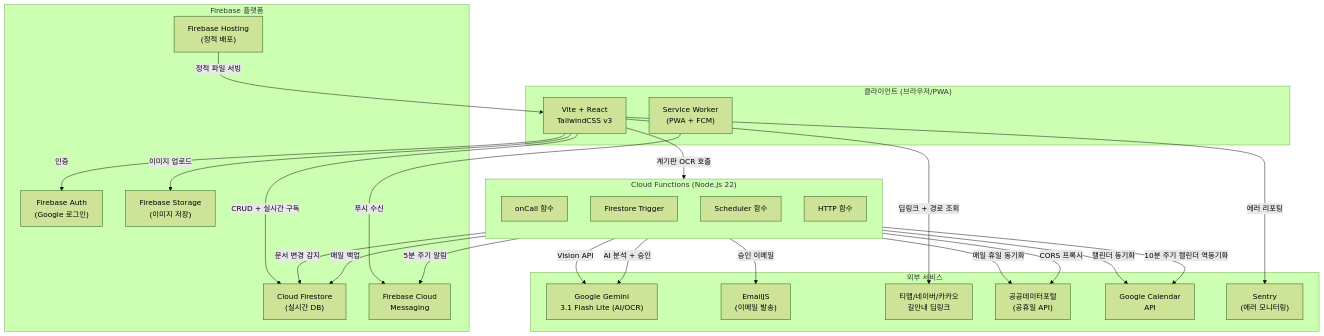
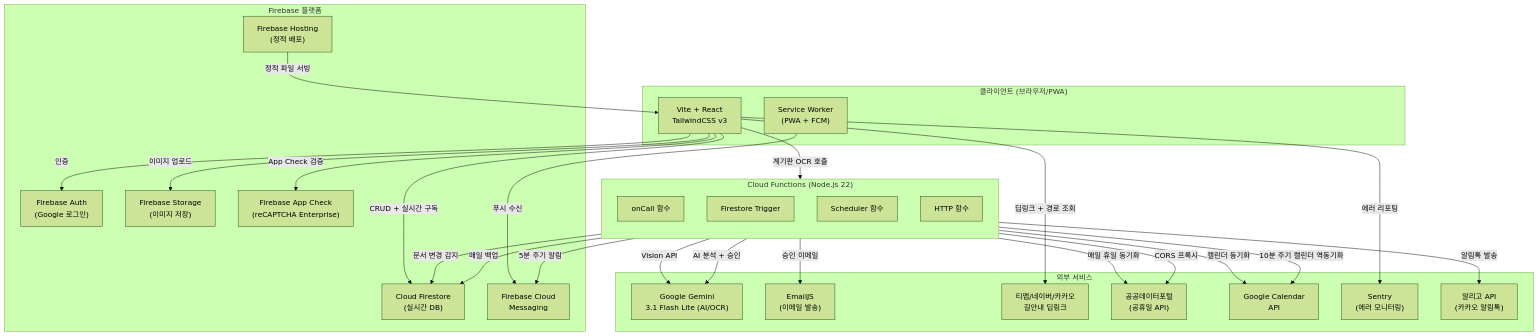
Before and after one commit to dreamworker0/vehicle-drive-log: the first of 5 diagrams in 구현계획서.md, drawn with Mermaid (forest theme). The commit also changed other lines of this file and 187 other files, not shown here.

````diff
--- a/구현계획서.md
+++ b/구현계획서.md
@@ -33,53 +34,57 @@
 ```mermaid
 graph TB
     subgraph Client["클라이언트 (브라우저/PWA)"]
         FE["Vite + React<br/>TailwindCSS v3"]
         SW["Service Worker<br/>(PWA + FCM)"]
     end
 
     subgraph Firebase["Firebase 플랫폼"]
         AUTH["Firebase Auth<br/>(Google 로그인)"]
         FS["Cloud Firestore<br/>(실시간 DB)"]
         STORAGE["Firebase Storage<br/>(이미지 저장)"]
         HOSTING["Firebase Hosting<br/>(정적 배포)"]
         FCM["Firebase Cloud<br/>Messaging"]
+        APPCHECK["Firebase App Check<br/>(reCAPTCHA Enterprise)"]
     end
 
     subgraph CF["Cloud Functions (Node.js 22)"]
         direction TB
         CF_CALL["onCall 함수"]
         CF_TRIGGER["Firestore Trigger"]
         CF_SCHEDULE["Scheduler 함수"]
         CF_HTTP["HTTP 함수"]
     end
 
     subgraph External["외부 서비스"]
         GEMINI["Google Gemini<br/>3.1 Flash Lite (AI/OCR)"]
         EMAILJS["EmailJS<br/>(이메일 발송)"]
         TMAP["티맵/네이버/카카오<br/>길안내 딥링크"]
         HOLIDAY["공공데이터포털<br/>(공휴일 API)"]
         GCAL["Google Calendar<br/>API"]
         SENTRY["Sentry<br/>(에러 모니터링)"]
+        ALIMTALK["알리고 API<br/>(카카오 알림톡)"]
     end
 
     FE -->|인증| AUTH
+    FE -->|App Check 검증| APPCHECK
     FE -->|CRUD + 실시간 구독| FS
     FE -->|이미지 업로드| STORAGE
     FE -->|계기판 OCR 호출| CF_CALL
     FE -->|딥링크 + 경로 조회| TMAP
     FE -->|에러 리포팅| SENTRY
     SW -->|푸시 수신| FCM
 
     CF_CALL -->|Vision API| GEMINI
     CF_TRIGGER -->|문서 변경 감지| FS
     CF_TRIGGER -->|AI 분석 + 승인| GEMINI
     CF_TRIGGER -->|승인 이메일| EMAILJS
     CF_TRIGGER -->|캘린더 동기화| GCAL
     CF_SCHEDULE -->|5분 주기 알림| FCM
     CF_SCHEDULE -->|10분 주기 캘린더 역동기화| GCAL
     CF_SCHEDULE -->|매일 백업| FS
     CF_SCHEDULE -->|매일 휴일 동기화| HOLIDAY
     CF_HTTP -->|CORS 프록시| HOLIDAY
+    CF_CALL -->|알림톡 발송| ALIMTALK
 
     HOSTING -->|정적 파일 서빙| FE
 ```
````
